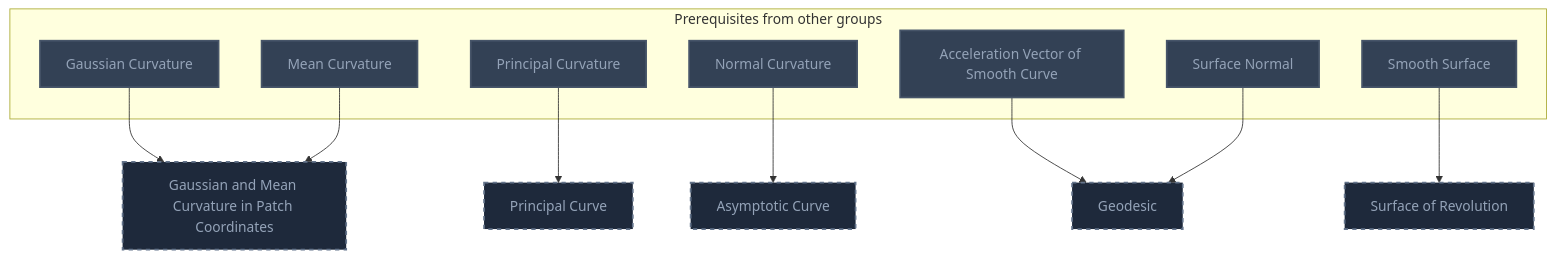
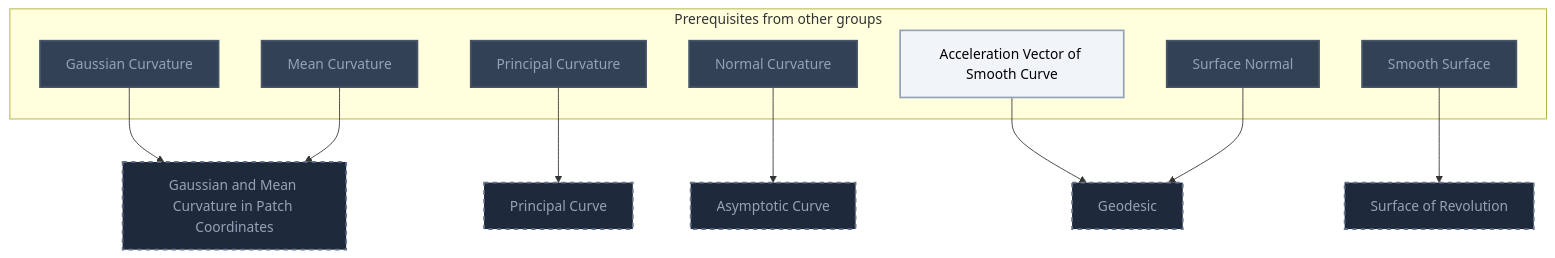
Before and after one commit to MRauf1/My-Notes: the eighth of 21 diagrams in Gamification/Skill Trees/Differential Geometry.md, drawn with Mermaid. The commit also changed other lines of this file and 145 other files, not shown here.

````diff
--- a/Gamification/Skill Trees/Differential Geometry.md
+++ b/Gamification/Skill Trees/Differential Geometry.md
@@ -699,36 +710,37 @@
 ```mermaid
 flowchart TD
     classDef planned fill:#1E293B,stroke:#64748B,stroke-width:2px,stroke-dasharray:5 5,color:#94A3B8;
     classDef locked fill:#334155,stroke:#475569,stroke-width:2px,color:#94A3B8;
     classDef L0 fill:#F1F5F9,stroke:#94A3B8,stroke-width:2px,color:#000000;
     classDef L1 fill:#22C55E,stroke:#15803D,stroke-width:2px,color:#000000;
     classDef L2 fill:#3B82F6,stroke:#1D4ED8,stroke-width:3px,color:#FFFFFF;
     classDef L3 fill:#A855F7,stroke:#6B21A8,stroke-width:3px,color:#FFFFFF,font-weight:bold;
     classDef L4 fill:#F97316,stroke:#C2410C,stroke-width:4px,color:#000000,font-weight:bold;
     classDef L5 fill:#FFD700,stroke:#FF8C00,stroke-width:5px,color:#000000,font-weight:bold;
     classDef rusty stroke:#8B4513,stroke-width:4px,stroke-dasharray:3 3;
     subgraph sg_prereqs["Prerequisites from other groups"]
         n_gaussian_curvature["Gaussian Curvature"]
         n_mean_curvature["Mean Curvature"]
         n_principal_curvature["Principal Curvature"]
         n_normal_curvature["Normal Curvature"]
         n_acceleration_vector_of_smooth_curve["Acceleration Vector of Smooth Curve"]
         n_surface_normal["Surface Normal"]
         n_smooth_surface["Smooth Surface"]
     end
     n_gaussian_and_mean_curvature_in_patch_coordinates["Gaussian and Mean Curvature in Patch Coordinates"]
     n_principal_curve["Principal Curve"]
     n_asymptotic_curve["Asymptotic Curve"]
     n_geodesic["Geodesic"]
     n_surface_of_revolution["Surface of Revolution"]
     n_gaussian_curvature --> n_gaussian_and_mean_curvature_in_patch_coordinates
     n_mean_curvature --> n_gaussian_and_mean_curvature_in_patch_coordinates
     n_principal_curvature --> n_principal_curve
     n_normal_curvature --> n_asymptotic_curve
     n_acceleration_vector_of_smooth_curve --> n_geodesic
     n_surface_normal --> n_geodesic
     n_smooth_surface --> n_surface_of_revolution
     class n_gaussian_and_mean_curvature_in_patch_coordinates,n_principal_curve,n_asymptotic_curve,n_geodesic,n_surface_of_revolution planned;
-    class n_gaussian_curvature,n_mean_curvature,n_principal_curvature,n_normal_curvature,n_acceleration_vector_of_smooth_curve,n_surface_normal,n_smooth_surface locked;
+    class n_gaussian_curvature,n_mean_curvature,n_principal_curvature,n_normal_curvature,n_surface_normal,n_smooth_surface locked;
+    class n_acceleration_vector_of_smooth_curve L0;
     class n_gaussian_curvature,n_mean_curvature,n_principal_curvature,n_normal_curvature,n_acceleration_vector_of_smooth_curve,n_surface_normal,n_smooth_surface internal-link;
 ```
````
